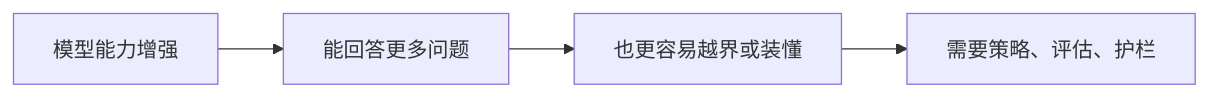
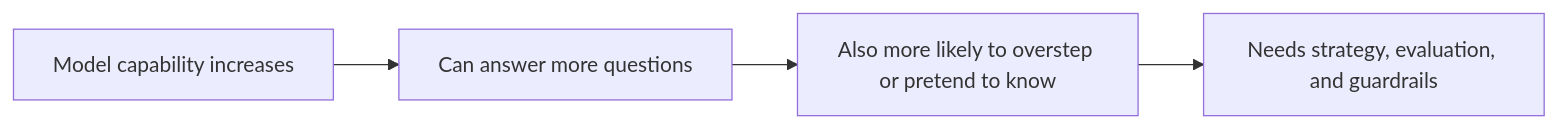
The first of 2 diagrams in docs/ch07-llm-principles/ch07-alignment/01-alignment-problem.md (oudbiao/AI-fullstack-course), drawn with Mermaid before and after one commit. The commit also changed other lines of this file and 1406 other files, not shown here.

````diff
--- a/docs/ch07-llm-principles/ch07-alignment/01-alignment-problem.md
+++ b/docs/ch07-llm-principles/ch07-alignment/01-alignment-problem.md
@@ -41,6 +41,6 @@
 ```mermaid
 flowchart LR
-    A["模型能力增强"] --> B["能回答更多问题"]
-    B --> C["也更容易越界或装懂"]
-    C --> D["需要策略、评估、护栏"]
+    A["Model capability increases"] --> B["Can answer more questions"]
+    B --> C["Also more likely to overstep or pretend to know"]
+    C --> D["Needs strategy, evaluation, and guardrails"]
 ```
````
